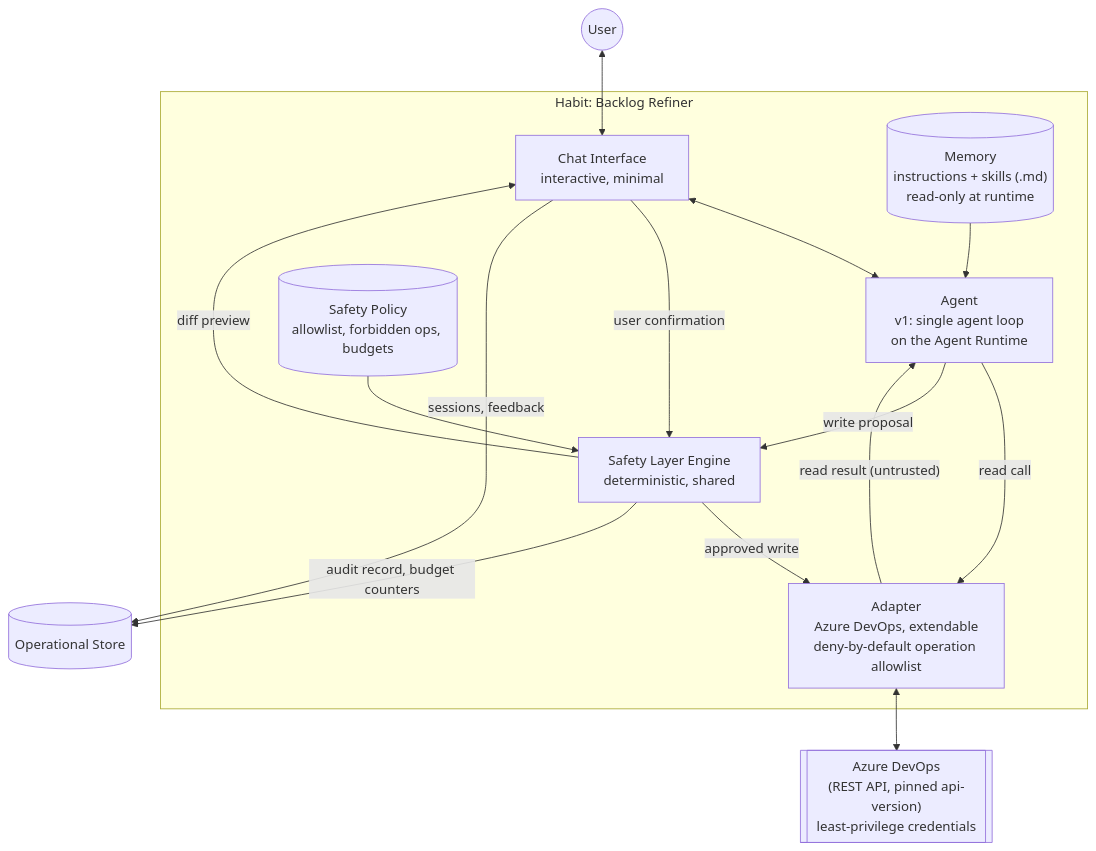
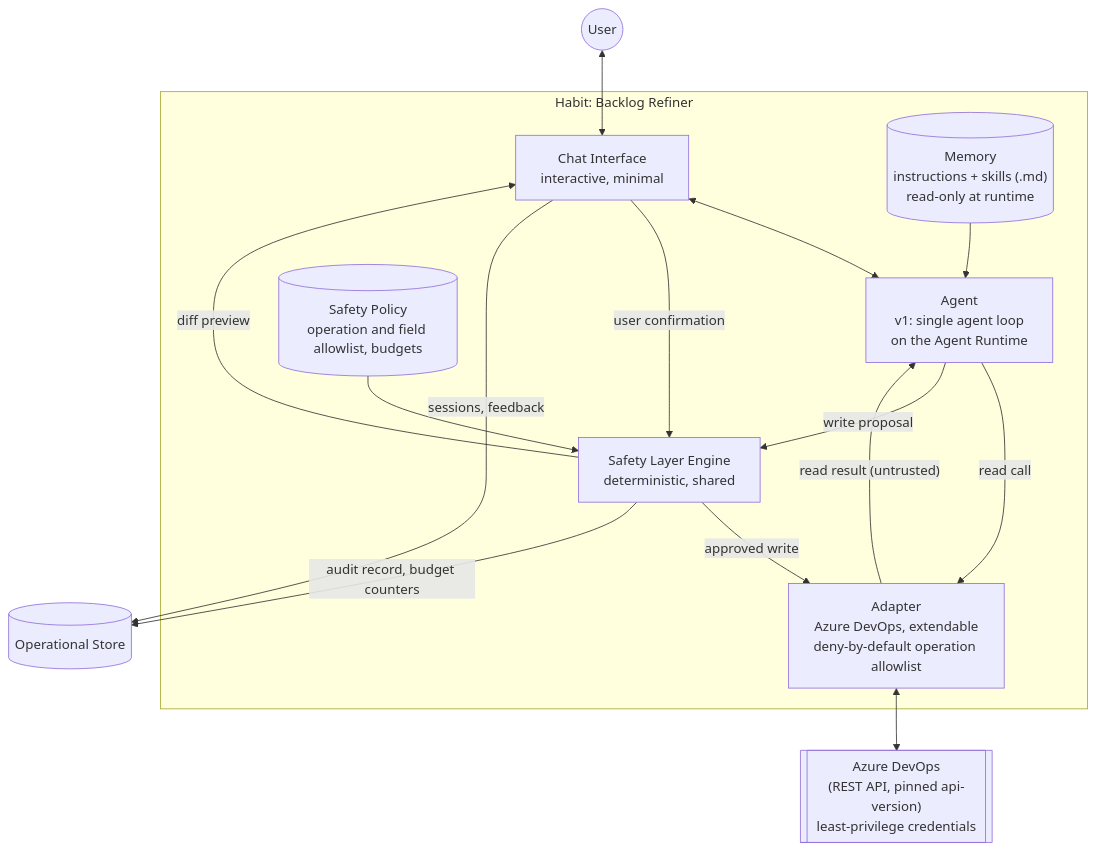
Before and after one commit to emiralpayar/pan-galactic-habit: the second of 2 diagrams in ARCHITECTURE.md, drawn with Mermaid. The commit also changed other lines of this file and 15 other files, not shown here.

````diff
--- a/ARCHITECTURE.md
+++ b/ARCHITECTURE.md
@@ -117,32 +117,32 @@
 ```mermaid
 flowchart TD
     USER(("User"))
 
     subgraph LB["Habit: Backlog Refiner"]
         CHAT["Chat Interface<br/>interactive, minimal"]
         AG["Agent<br/>v1: single agent loop<br/>on the Agent Runtime"]
         MEM[("Memory<br/>instructions + skills (.md)<br/>read-only at runtime")]
-        POL[("Safety Policy<br/>allowlist, forbidden ops, budgets")]
+        POL[("Safety Policy<br/>operation and field allowlist, budgets")]
         SL["Safety Layer Engine<br/>deterministic, shared"]
         AD["Adapter<br/>Azure DevOps, extendable<br/>deny-by-default operation allowlist"]
 
         CHAT <--> AG
         MEM --> AG
         POL --> SL
         AG -- "read call" --> AD
         AD -- "read result (untrusted)" --> AG
         AG -- "write proposal" --> SL
         SL -- "diff preview" --> CHAT
         CHAT -- "user confirmation" --> SL
         SL -- "approved write" --> AD
     end
 
     USER <--> CHAT
 
     ADO[["Azure DevOps<br/>(REST API, pinned api-version)<br/>least-privilege credentials"]]
     AD <--> ADO
 
     OPS[("Operational Store")]
     SL -- "audit record, budget counters" --> OPS
     CHAT -- "sessions, feedback" --> OPS
 ```
````
